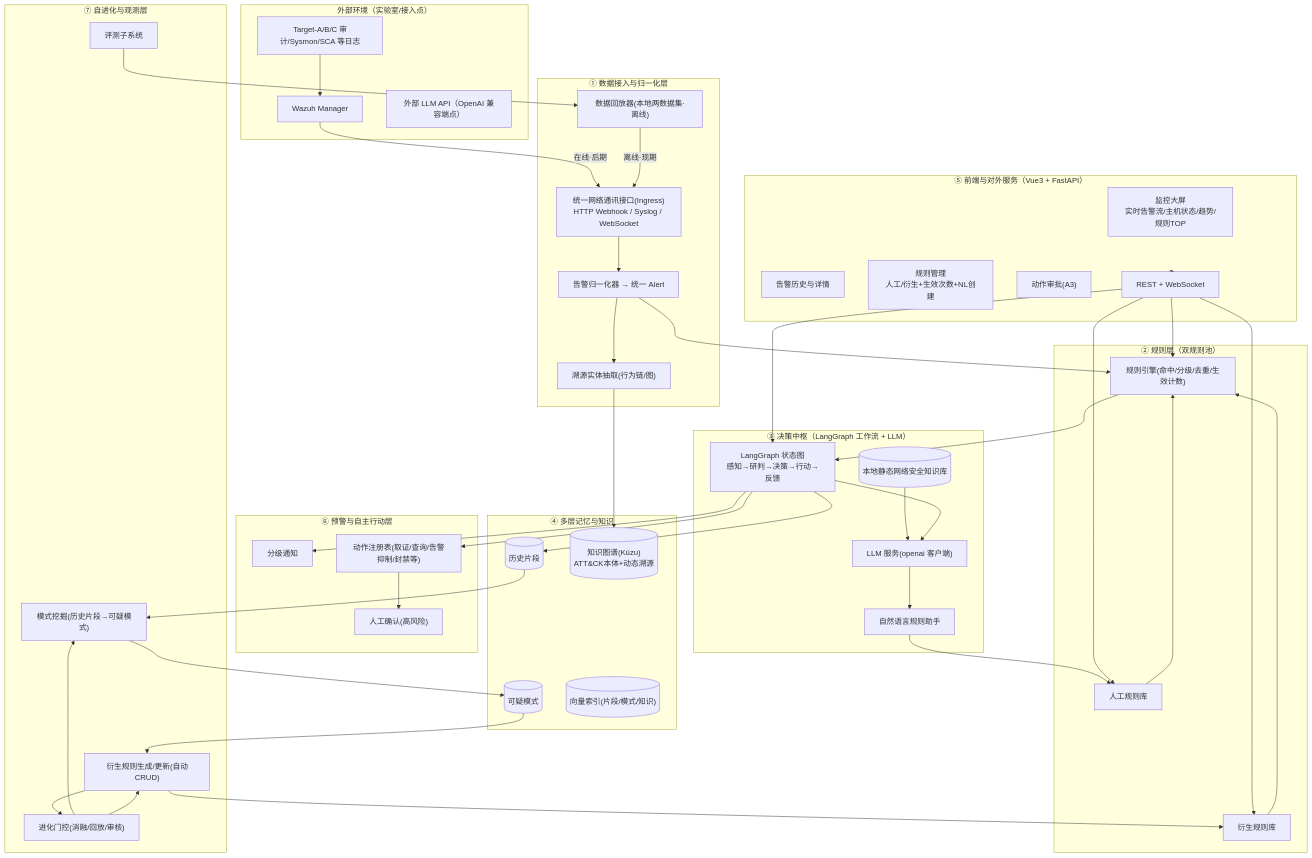
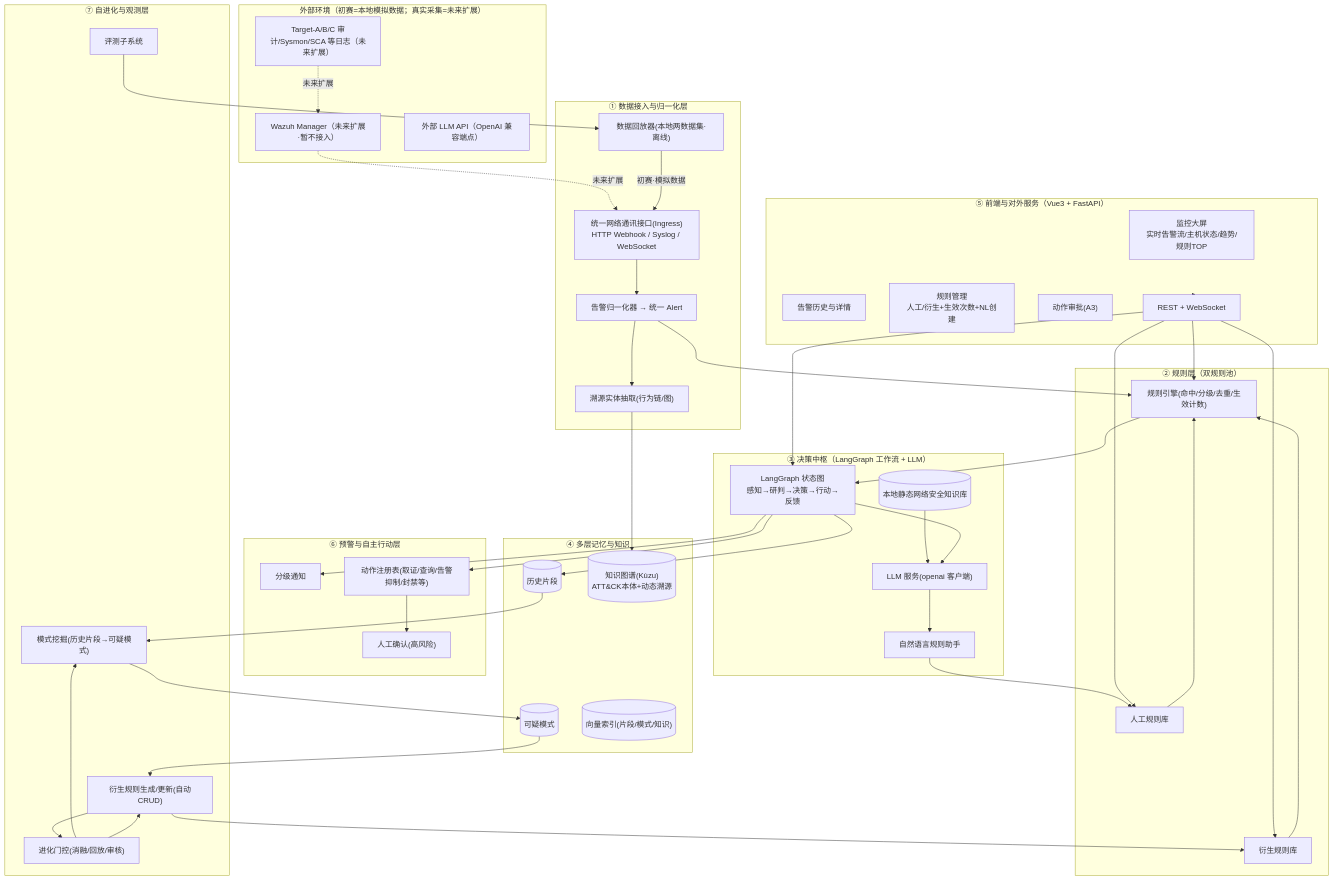
Before and after one commit to ChenHaoRanORA/Sangfor-Comp-SelfEvol-Sec-Agent: the first of 3 diagrams in docs/dev-plan/系统架构.md, drawn with Mermaid. The commit also changed other lines of this file and 66 other files, not shown here.

````diff
--- a/docs/dev-plan/系统架构.md
+++ b/docs/dev-plan/系统架构.md
@@ -32,8 +33,8 @@
 ```mermaid
 flowchart TB
-    subgraph EXT["外部环境（实验室/接入点）"]
-        WZ["Wazuh Manager"]
-        TGT["Target-A/B/C 审计/Sysmon/SCA 等日志"]
+    subgraph EXT["外部环境（初赛=本地模拟数据；真实采集=未来扩展）"]
+        WZ["Wazuh Manager（未来扩展·暂不接入）"]
+        TGT["Target-A/B/C 审计/Sysmon/SCA 等日志（未来扩展）"]
         API["外部 LLM API（OpenAI 兼容端点）"]
     end
 
@@ -85,9 +86,9 @@
         EVAL["评测子系统"]
     end
 
-    TGT --> WZ
-    WZ -->|在线·后期| INGRESS
-    REPLAY -->|离线·现期| INGRESS
+    TGT -.->|未来扩展| WZ
+    WZ -.->|未来扩展| INGRESS
+    REPLAY -->|初赛·模拟数据| INGRESS
     INGRESS --> NORM
     NORM --> ENT
     NORM --> ENG
````
